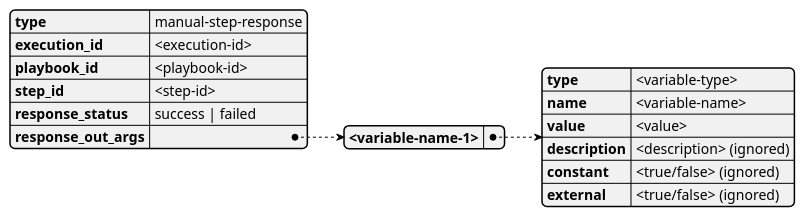
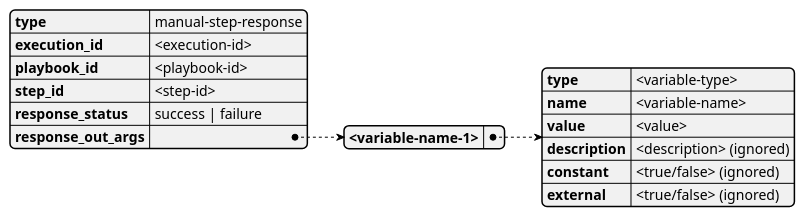
One commit to COSSAS/SOARCA changed the fourth of 4 diagrams in docs/content/en/docs/core-components/api-manual.md. Above: the diagram before and after it, drawn with PlantUML. The commit also changed other lines of this file and 4 other files, not shown here.

````diff
--- a/docs/content/en/docs/core-components/api-manual.md
+++ b/docs/content/en/docs/core-components/api-manual.md
@@ -171,23 +171,23 @@
 ```plantuml
 @startjson
 
     {
         "type" :        "manual-step-response",
         "execution_id" : "<execution-id>",
         "playbook_id" :  "<playbook-id>",
         "step_id" :  "<step-id>",
-        "response_status" : "success | failed",
+        "response_status" : "success | failure",
         "response_out_args":    {
             "<variable-name-1>" : {
                 "type":         "<variable-type>",
                 "name":         "<variable-name>",
                 "value":        "<value>",
                 "description":  "<description> (ignored)",
                 "constant":     "<true/false> (ignored)",
                 "external":     "<true/false> (ignored)"
             }
         }
     }
 
 @endjson
 ```
````
